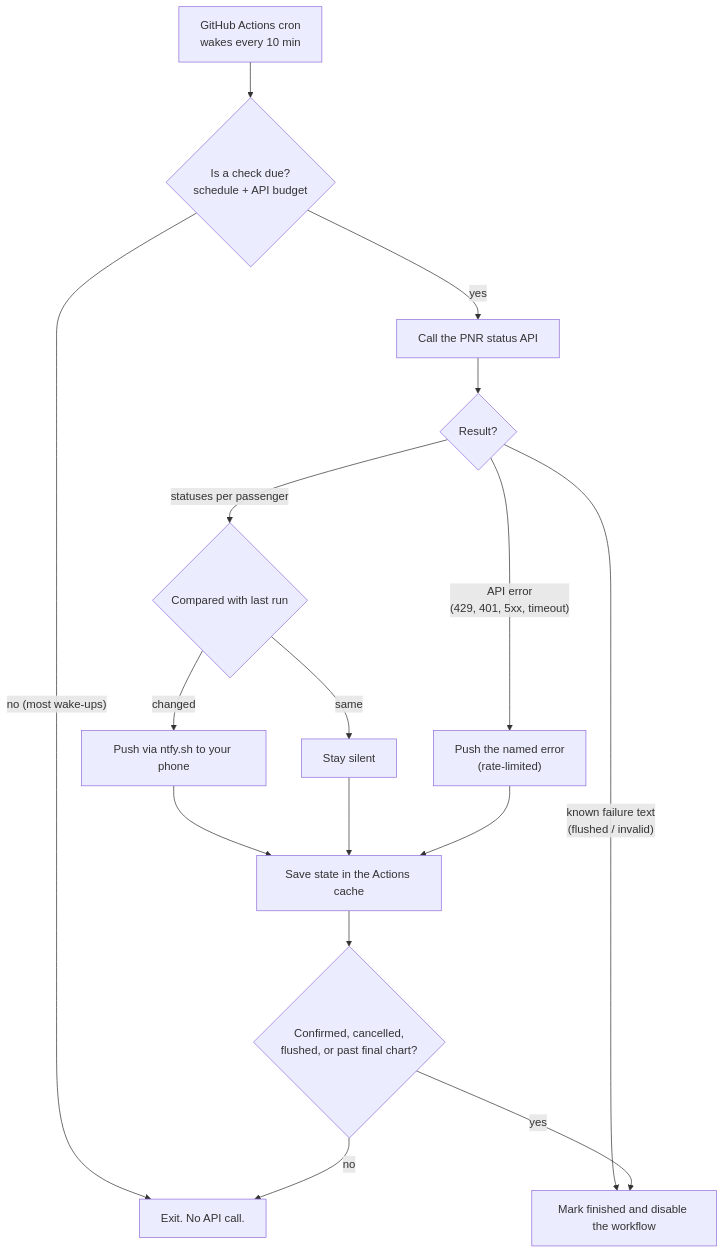
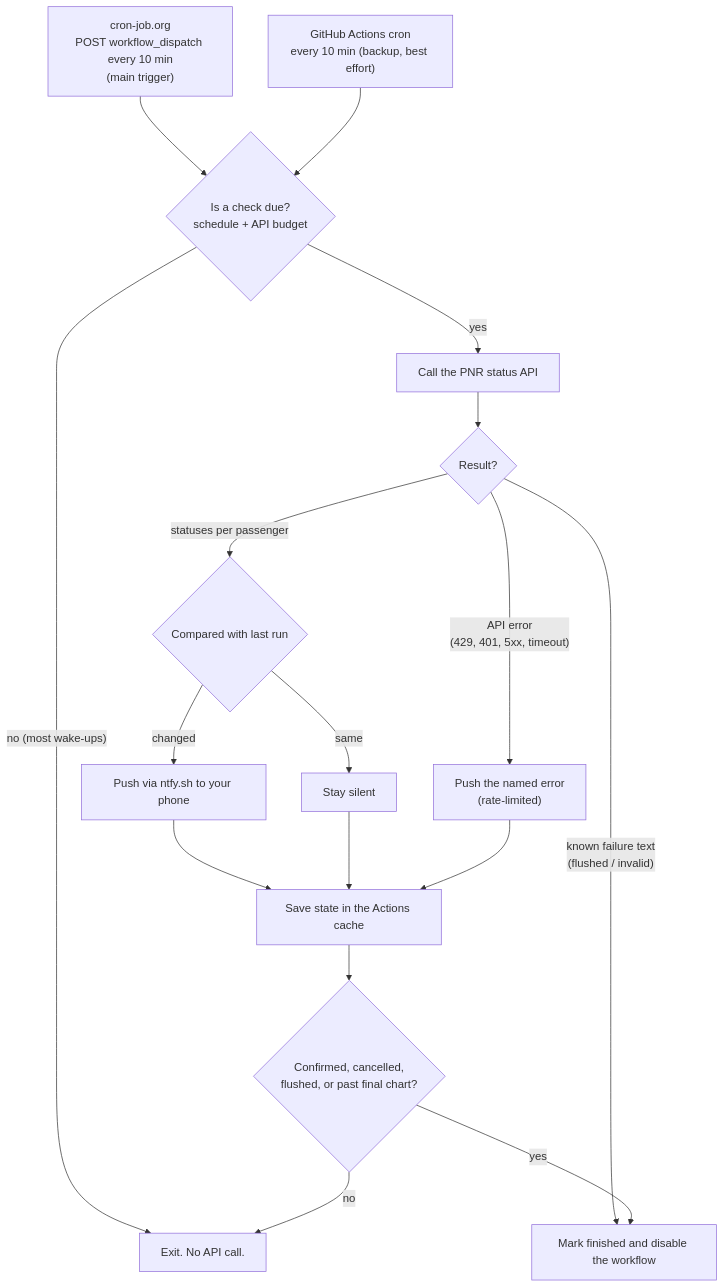
The diagram in README.md (shr-coditas/pnr-alert), drawn with Mermaid before and after one commit. The commit also changed other lines of this file, not shown here.

First line of the commit message:
Document cron-job.org trigger after GitHub cron failed to fire

````diff
--- a/README.md
+++ b/README.md
@@ -44,18 +45,19 @@
 ```mermaid
 flowchart TD
-    A["GitHub Actions cron<br/>wakes every 10 min"] --> B{"Is a check due?<br/>schedule + API budget"}
+    A0["cron-job.org<br/>POST workflow_dispatch every 10 min<br/>(main trigger)"] --> B
+    A["GitHub Actions cron<br/>every 10 min (backup, best effort)"] --> B{"Is a check due?<br/>schedule + API budget"}
     B -- "no (most wake-ups)" --> Z["Exit. No API call."]
     B -- yes --> C["Call the PNR status API"]
     C --> D{"Result?"}
     D -- "known failure text<br/>(flushed / invalid)" --> S
     D -- "API error<br/>(429, 401, 5xx, timeout)" --> G["Push the named error<br/>(rate-limited)"]
     D -- "statuses per passenger" --> E{"Compared with last run"}
     E -- changed --> F["Push via ntfy.sh to your phone"]
     E -- same --> H["Stay silent"]
     F --> I["Save state in the Actions cache"]
     H --> I
     G --> I
     I --> J{"Confirmed, cancelled,<br/>flushed, or past final chart?"}
     J -- yes --> S["Mark finished and disable the workflow"]
     J -- no --> Z
 ```
````
